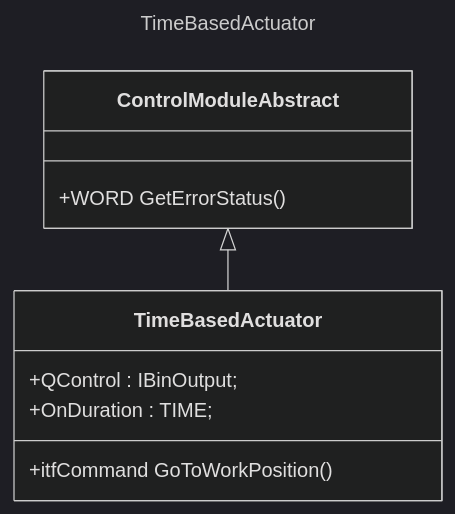
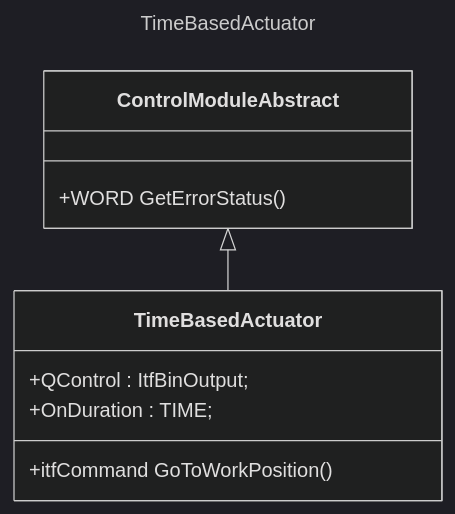
The second of 4 diagrams in README.md (simatic-ax/axftcmlib), drawn with Mermaid (dark theme) before and after one commit. The commit also changed other lines of this file and 6 other files, not shown here.

````diff
--- a/README.md
+++ b/README.md
@@ -61,15 +61,15 @@
 ```mermaid
 ---
 title: TimeBasedActuator
 ---
 classDiagram
     ControlModuleAbstract <|-- TimeBasedActuator
     class ControlModuleAbstract{
         +WORD GetErrorStatus()
     }
     class TimeBasedActuator{
-        +QControl : IBinOutput;
+        +QControl : ItfBinOutput;
         +OnDuration : TIME;
         +itfCommand GoToWorkPosition()
     }
 ```
````
